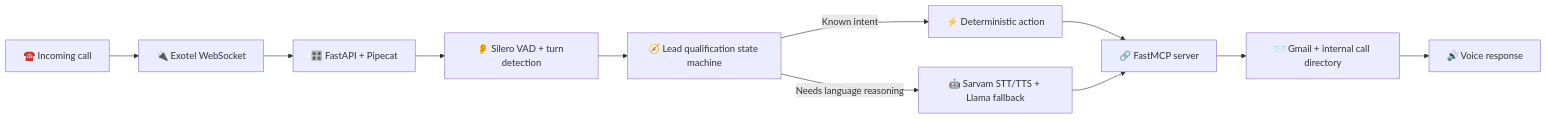
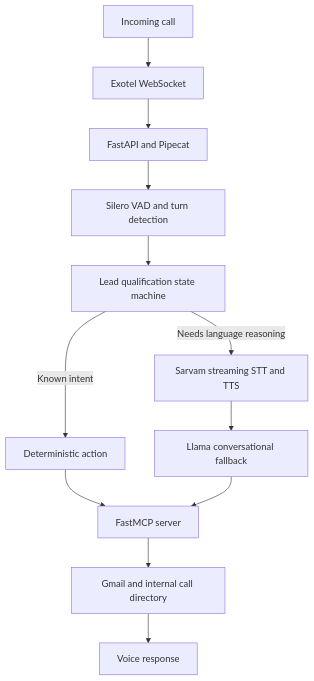
The third of 3 diagrams in README.md (Durgam-vamshi/Durgam-vamshi), drawn with Mermaid before and after one commit. The commit also changed other lines of this file, not shown here.

````diff
--- a/README.md
+++ b/README.md
@@ -60,13 +82,14 @@
 ```mermaid
-flowchart LR
-    CALL["☎️ Incoming call"] --> EXO["🔌 Exotel WebSocket"]
-    EXO --> PIPE["🎛️ FastAPI + Pipecat"]
-    PIPE --> VAD["👂 Silero VAD + turn detection"]
-    VAD --> STATE["🧭 Lead qualification state machine"]
-    STATE -->|Known intent| FAST["⚡ Deterministic action"]
-    STATE -->|Needs language reasoning| LLM["🤖 Sarvam STT/TTS + Llama fallback"]
-    FAST --> MCP["🔗 FastMCP server"]
-    LLM --> MCP
-    MCP --> TOOLS["📨 Gmail + internal call directory"]
-    TOOLS --> AUDIO["🔊 Voice response"]
+flowchart TD
+    A[Incoming call] --> B[Exotel WebSocket]
+    B --> C[FastAPI and Pipecat]
+    C --> D[Silero VAD and turn detection]
+    D --> E[Lead qualification state machine]
+    E -->|Known intent| F[Deterministic action]
+    E -->|Needs language reasoning| G[Sarvam streaming STT and TTS]
+    G --> H[Llama conversational fallback]
+    F --> I[FastMCP server]
+    H --> I
+    I --> J[Gmail and internal call directory]
+    J --> K[Voice response]
 ```
````
